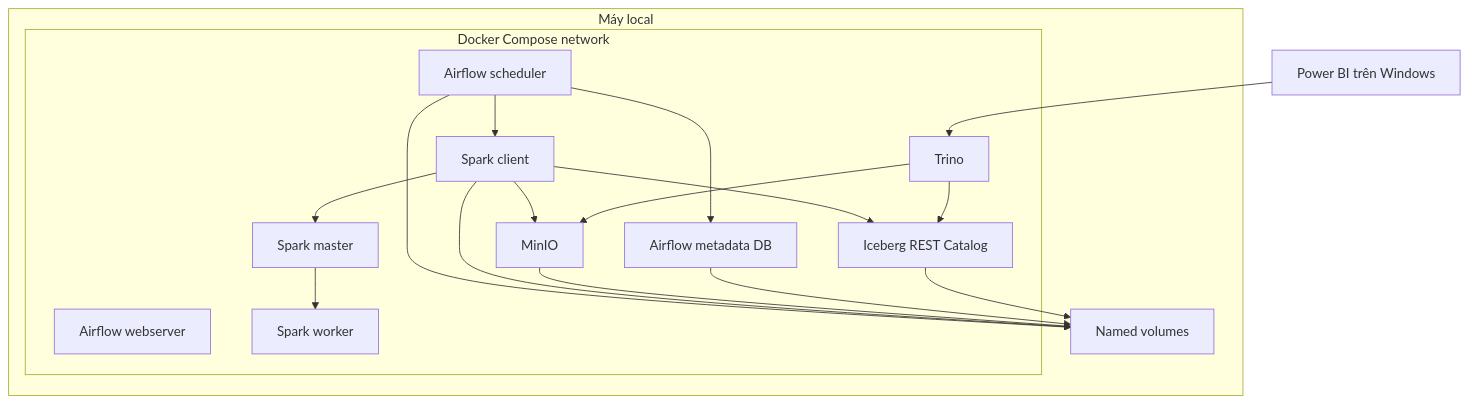
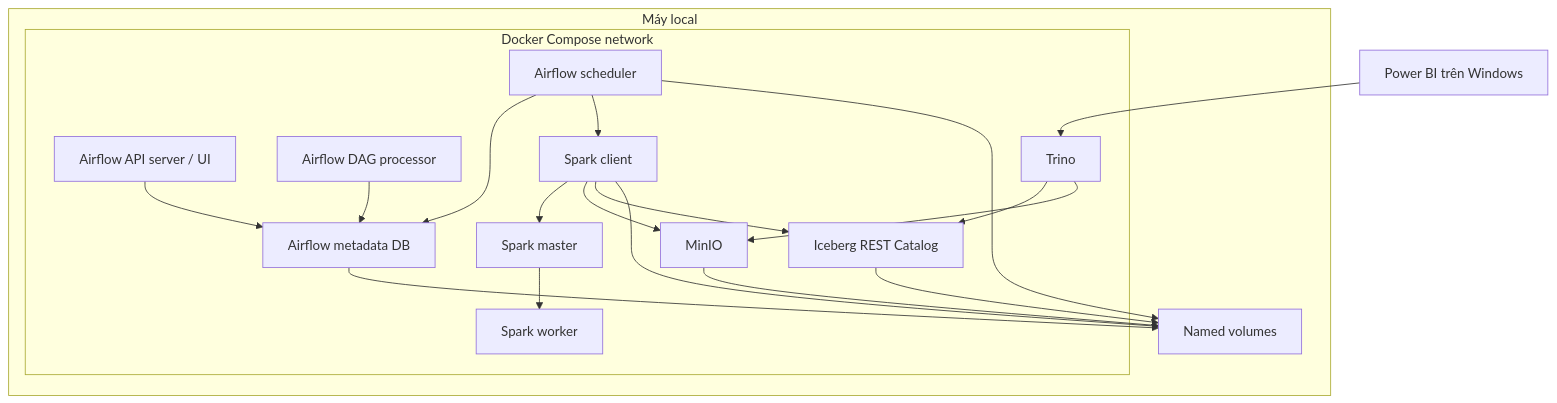
The fourth of 4 diagrams in docs/SYSTEM_ARCHITECTURE.md (HoaiTam/japan-earthquake-etl), drawn with Mermaid before and after one commit. The commit also changed other lines of this file and 21 other files, not shown here.

Commit message:
feat(airflow): add local runtime and smoke DAG

````diff
--- a/docs/SYSTEM_ARCHITECTURE.md
+++ b/docs/SYSTEM_ARCHITECTURE.md
@@ -175,33 +175,36 @@
 ```mermaid
 flowchart TB
     subgraph Host["Máy local"]
         subgraph Compose["Docker Compose network"]
-            AFW["Airflow webserver"]
+            AFW["Airflow API server / UI"]
             AFS["Airflow scheduler"]
+            AFP["Airflow DAG processor"]
             PG["Airflow metadata DB"]
             SM["Spark master"]
             SW["Spark worker"]
             SC["Spark client"]
             MI["MinIO"]
             IC["Iceberg REST Catalog"]
             TR["Trino"]
         end
         VOL["Named volumes"]
     end
     PBI["Power BI trên Windows"]
 
     AFS --> PG
+    AFP --> PG
+    AFW --> PG
     AFS --> SC
     SC --> SM
     SM --> SW
     SC --> MI
     SC --> IC
     TR --> IC
     TR --> MI
     PBI --> TR
     AFS --> VOL
     SC --> VOL
     MI --> VOL
     PG --> VOL
     IC --> VOL
 ```
````
